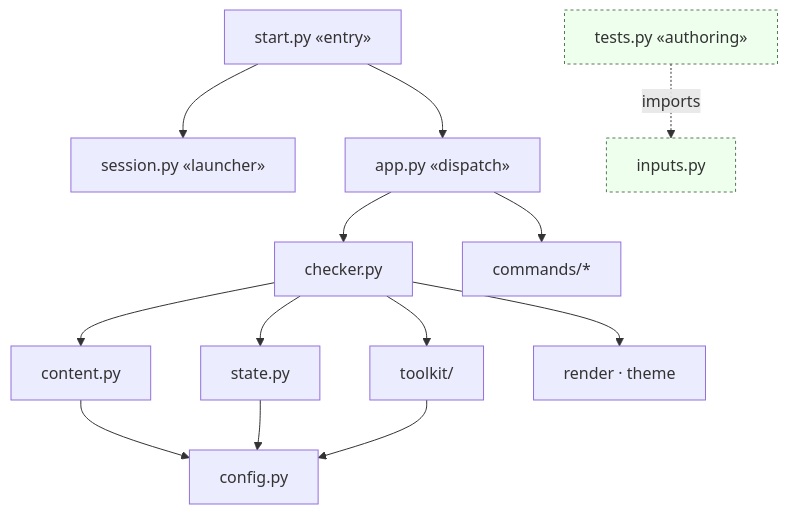
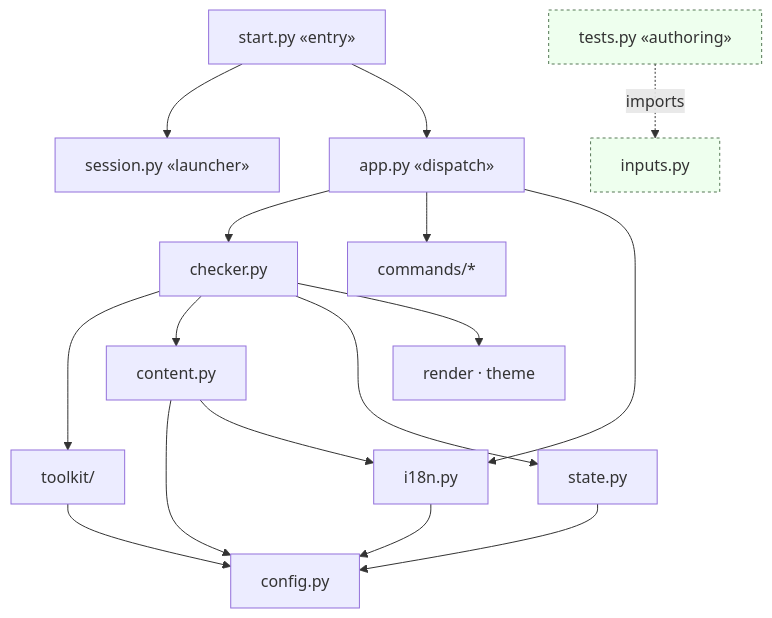
Before and after one commit to N041M/PyQuest: the first of 11 diagrams in docs/architecture/engine-core.md, drawn with Mermaid. The commit also changed other lines of this file and 5 other files, not shown here.

````diff
--- a/docs/architecture/engine-core.md
+++ b/docs/architecture/engine-core.md
@@ -7,17 +7,20 @@
 ```mermaid
 flowchart TB
     play["start.py «entry»"] --> session["session.py «launcher»"]
     play --> app["app.py «dispatch»"]
     app --> checker["checker.py"]
     app --> commands["commands/*"]
+    app --> i18n["i18n.py"]
     checker --> toolkit["toolkit/"]
     checker --> content["content.py"]
     checker --> state["state.py"]
     checker --> render["render · theme"]
     content --> config["config.py"]
+    content --> i18n
+    i18n --> config
     state --> config
     toolkit --> config
     tests["tests.py «authoring»"] -. imports .-> inputs["inputs.py"]
     classDef seam fill:#efe,stroke:#575,stroke-dasharray:3 3;
     class tests,inputs seam;
 ```
````
